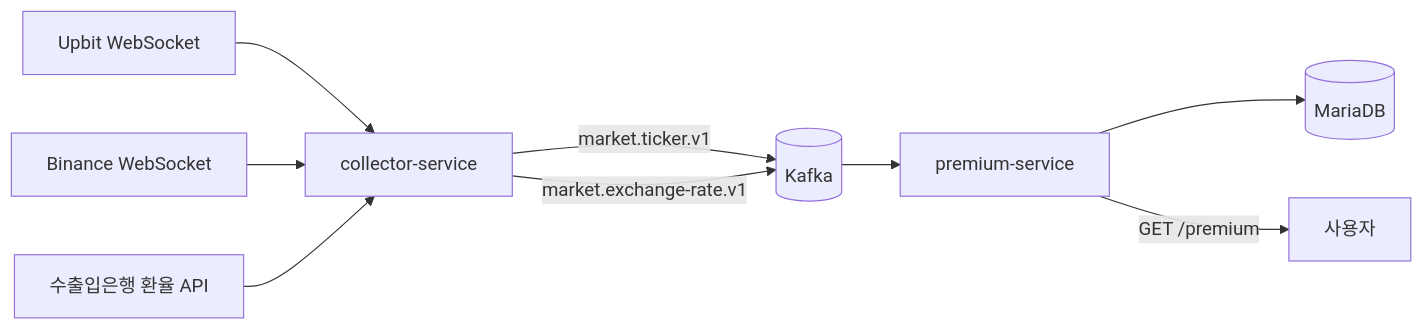
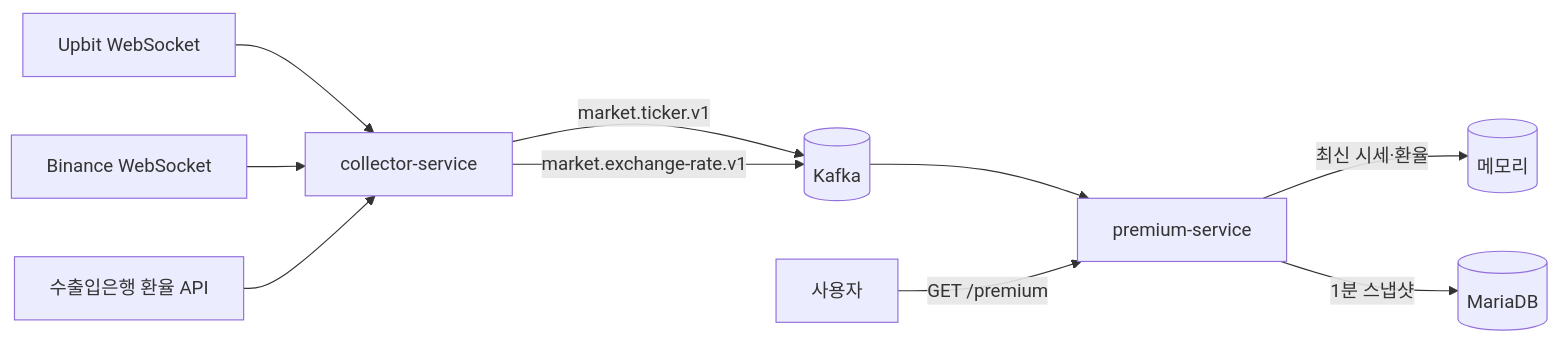
One commit to imuniring/coin-premium changed the diagram in README.md. Above: the diagram before and after it, drawn with Mermaid. The commit also changed other lines of this file and 16 other files, not shown here.

````diff
--- a/README.md
+++ b/README.md
@@ -10,11 +10,12 @@
 ```mermaid
 flowchart LR
     UP[Upbit WebSocket] --> COL
     BN[Binance WebSocket] --> COL
     EX[수출입은행 환율 API] --> COL
     COL[collector-service] -->|market.ticker.v1| K[(Kafka)]
     COL -->|market.exchange-rate.v1| K
     K --> PRE[premium-service]
-    PRE --> DB[(MariaDB)]
-    PRE -->|GET /premium| USER[사용자]
+    PRE -->|최신 시세·환율| MEM[(메모리)]
+    PRE -->|1분 스냅샷| DB[(MariaDB)]
+    USER[사용자] -->|GET /premium| PRE
 ```
````
